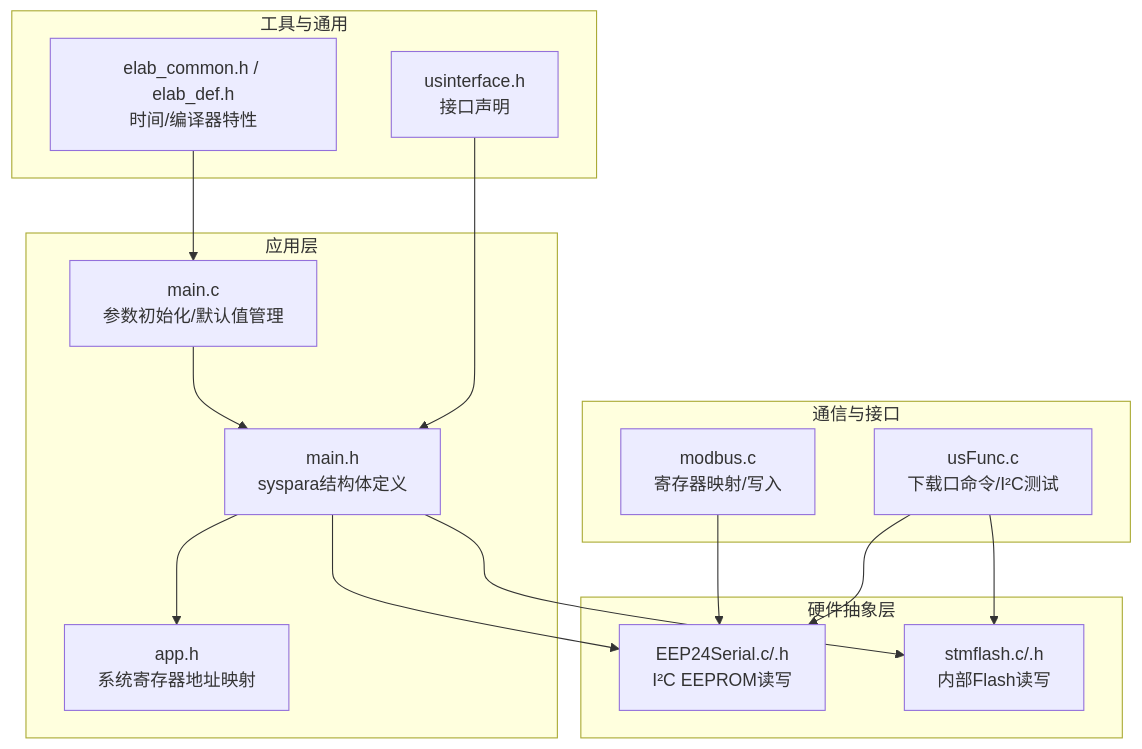
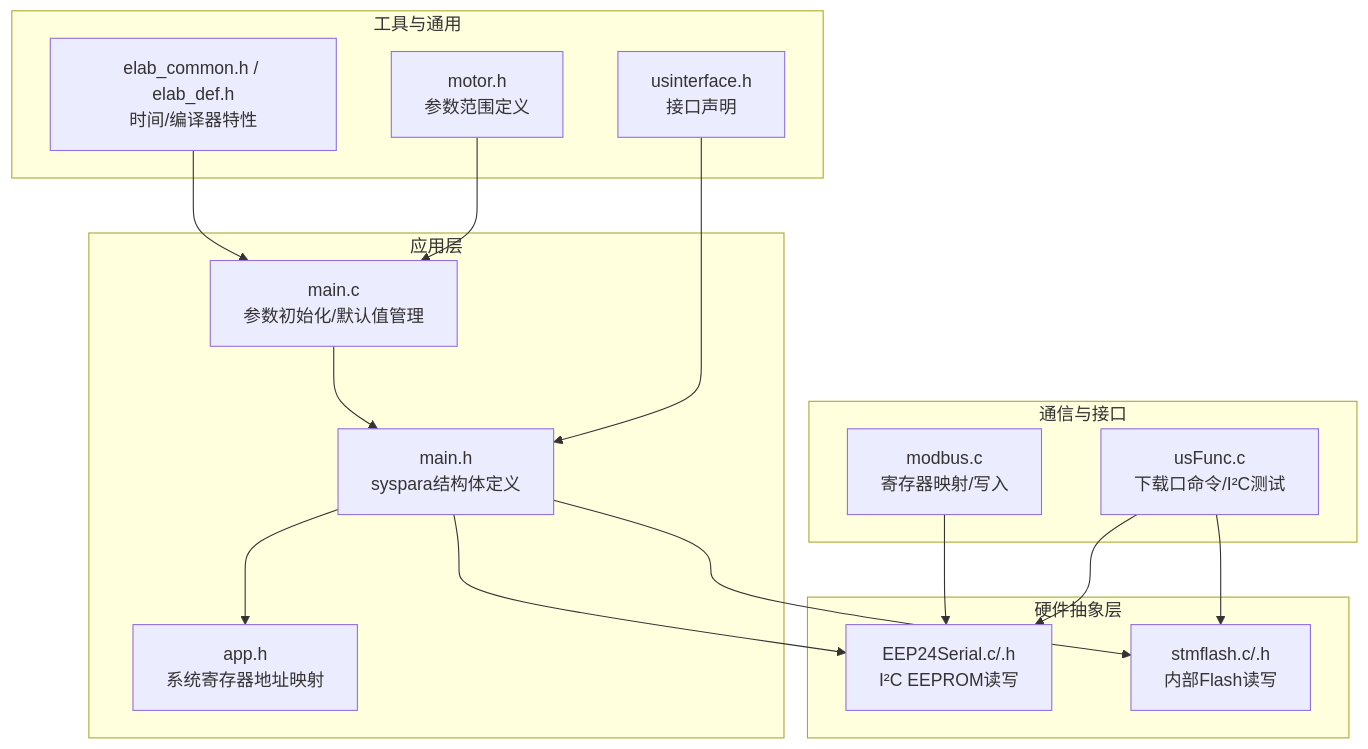
One commit to zym787/general-switcher changed the first of 7 diagrams in .qoder/repowiki/zh/content/参数管理系统.md. Above: the diagram before and after it, drawn with Mermaid. The commit also changed other lines of this file and 2 other files, not shown here.

````diff
--- a/.qoder/repowiki/zh/content/参数管理系统.md
+++ b/.qoder/repowiki/zh/content/参数管理系统.md
@@ -56,29 +58,31 @@
 ```mermaid
 graph TB
 subgraph "应用层"
 APP_MAIN["main.c<br/>参数初始化/默认值管理"]
 APP_DEF["main.h<br/>syspara结构体定义"]
 APP_APP["app.h<br/>系统寄存器地址映射"]
 end
 subgraph "硬件抽象层"
 HW_EEP["EEP24Serial.c/.h<br/>I²C EEPROM读写"]
 HW_FLASH["stmflash.c/.h<br/>内部Flash读写"]
 end
 subgraph "通信与接口"
 MB["modbus.c<br/>寄存器映射/写入"]
 USF["usFunc.c<br/>下载口命令/I²C测试"]
 end
 subgraph "工具与通用"
 ELAB["elab_common.h / elab_def.h<br/>时间/编译器特性"]
 USINTF["usinterface.h<br/>接口声明"]
+MOTOR["motor.h<br/>参数范围定义"]
 end
 APP_MAIN --> APP_DEF
 APP_DEF --> APP_APP
 APP_DEF --> HW_EEP
 APP_DEF --> HW_FLASH
 MB --> HW_EEP
 USF --> HW_EEP
 USF --> HW_FLASH
 ELAB --> APP_MAIN
 USINTF --> APP_DEF
+MOTOR --> APP_MAIN
 ```
````
